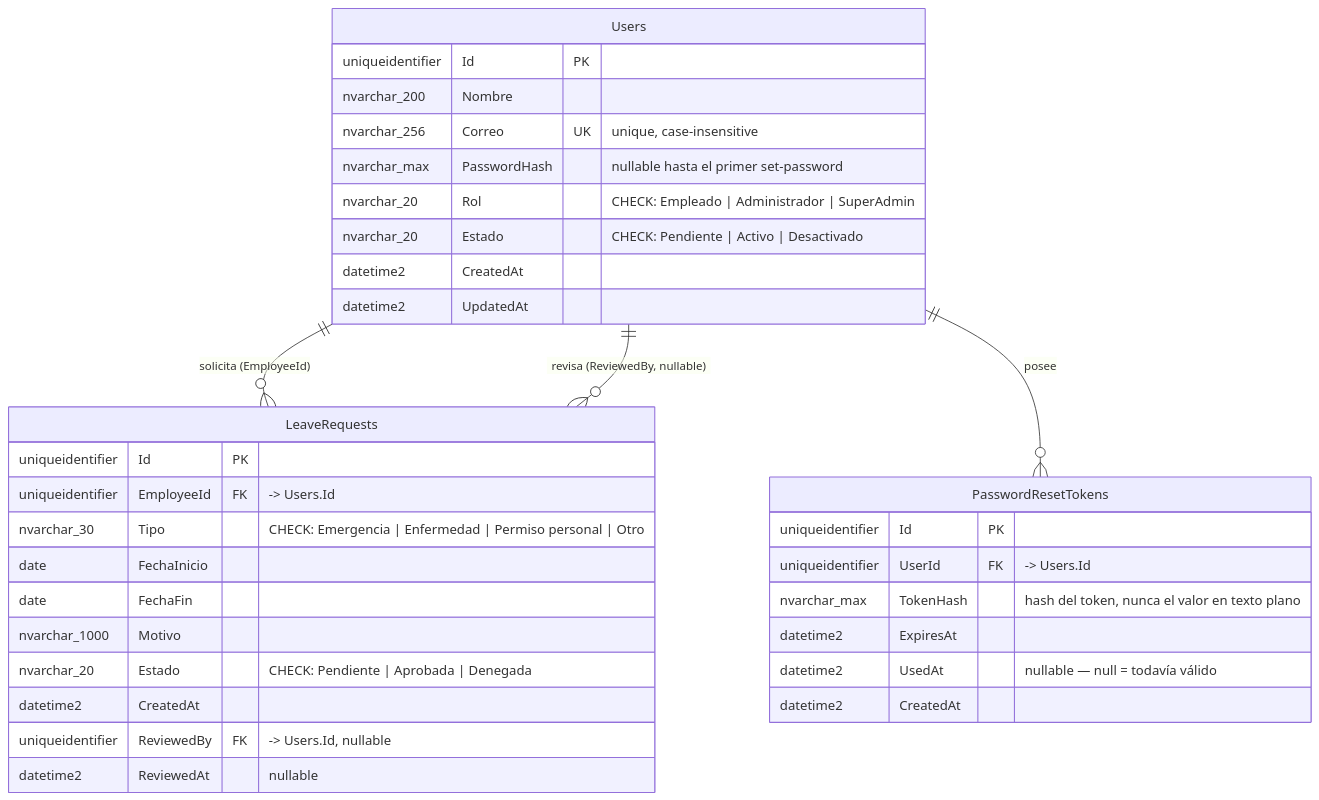
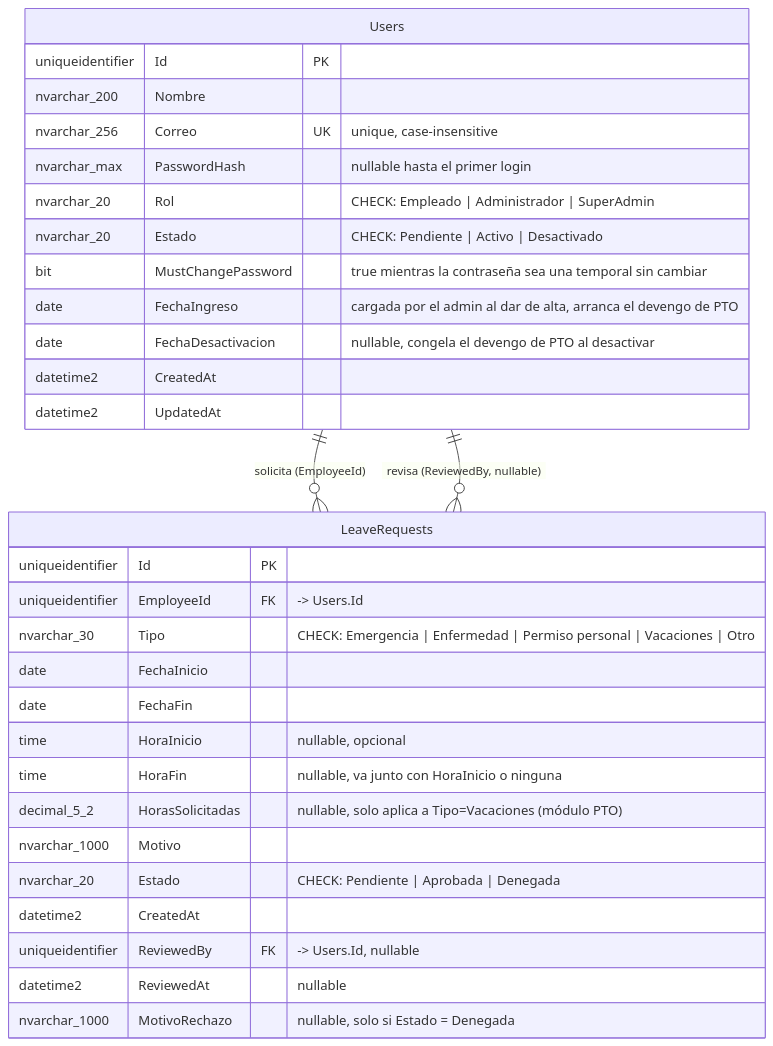
The diagram in docs/er-diagram.md (devtechsv/MyOwnSpace), drawn with Mermaid before and after one commit. The commit also changed other lines of this file and 51 other files, not shown here.

````diff
--- a/docs/er-diagram.md
+++ b/docs/er-diagram.md
@@ -5,39 +5,36 @@
 ```mermaid
 erDiagram
     Users ||--o{ LeaveRequests : "solicita (EmployeeId)"
     Users ||--o{ LeaveRequests : "revisa (ReviewedBy, nullable)"
-    Users ||--o{ PasswordResetTokens : "posee"
 
     Users {
         uniqueidentifier Id PK
         nvarchar_200 Nombre
         nvarchar_256 Correo UK "unique, case-insensitive"
-        nvarchar_max PasswordHash "nullable hasta el primer set-password"
+        nvarchar_max PasswordHash "nullable hasta el primer login"
         nvarchar_20 Rol "CHECK: Empleado | Administrador | SuperAdmin"
         nvarchar_20 Estado "CHECK: Pendiente | Activo | Desactivado"
+        bit MustChangePassword "true mientras la contraseña sea una temporal sin cambiar"
+        date FechaIngreso "cargada por el admin al dar de alta, arranca el devengo de PTO"
+        date FechaDesactivacion "nullable, congela el devengo de PTO al desactivar"
         datetime2 CreatedAt
         datetime2 UpdatedAt
     }
 
     LeaveRequests {
         uniqueidentifier Id PK
         uniqueidentifier EmployeeId FK "-> Users.Id"
-        nvarchar_30 Tipo "CHECK: Emergencia | Enfermedad | Permiso personal | Otro"
+        nvarchar_30 Tipo "CHECK: Emergencia | Enfermedad | Permiso personal | Vacaciones | Otro"
         date FechaInicio
         date FechaFin
+        time HoraInicio "nullable, opcional"
+        time HoraFin "nullable, va junto con HoraInicio o ninguna"
+        decimal_5_2 HorasSolicitadas "nullable, solo aplica a Tipo=Vacaciones (módulo PTO)"
         nvarchar_1000 Motivo
         nvarchar_20 Estado "CHECK: Pendiente | Aprobada | Denegada"
         datetime2 CreatedAt
         uniqueidentifier ReviewedBy FK "-> Users.Id, nullable"
         datetime2 ReviewedAt "nullable"
-    }
-
-    PasswordResetTokens {
-        uniqueidentifier Id PK
-        uniqueidentifier UserId FK "-> Users.Id"
-        nvarchar_max TokenHash "hash del token, nunca el valor en texto plano"
-        datetime2 ExpiresAt
-        datetime2 UsedAt "nullable — null = todavía válido"
-        datetime2 CreatedAt
+        nvarchar_1000 MotivoRechazo "nullable, solo si Estado = Denegada"
     }
 ```
````
